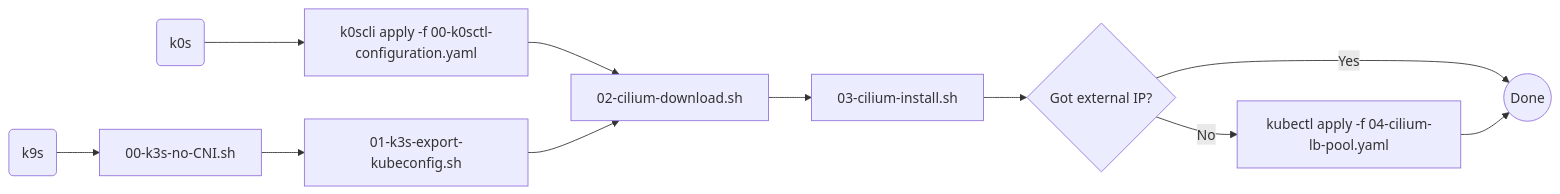
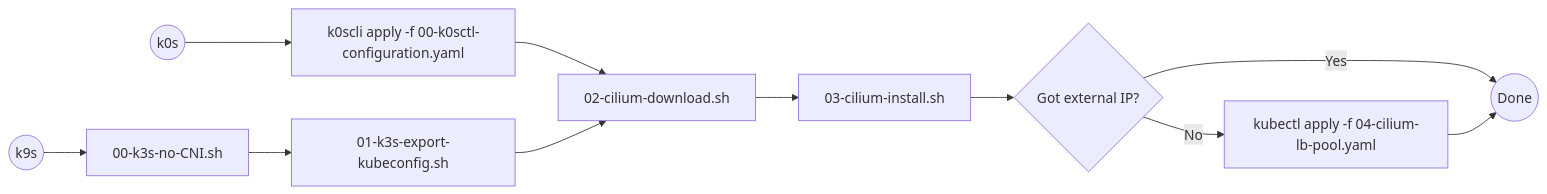
The diagram in README.md (manfredbjorlin/kubernetes-setup), drawn with Mermaid before and after one commit.

Commit message:
Update flowchart syntax in README.md

````diff
--- a/README.md
+++ b/README.md
@@ -35,23 +35,23 @@
 ```mermaid
 flowchart LR
-A(k0s)
+A((k0s))
 B[k0scli apply -f 00-k0sctl-configuration.yaml]
 A-->B
-C(k9s)
+C((k9s))
 D[00-k3s-no-CNI.sh]
 C-->D
 E[01-k3s-export-kubeconfig.sh]
 D-->E
 F[02-cilium-download.sh]
 B-->F
 E-->F
 G[03-cilium-install.sh]
 F-->G
 G-->H
 H{Got external IP?}
 I[kubectl apply -f 04-cilium-lb-pool.yaml]
 J((Done))
 H-->|No|I
 H-->|Yes|J
 I-->J
 ```
````
